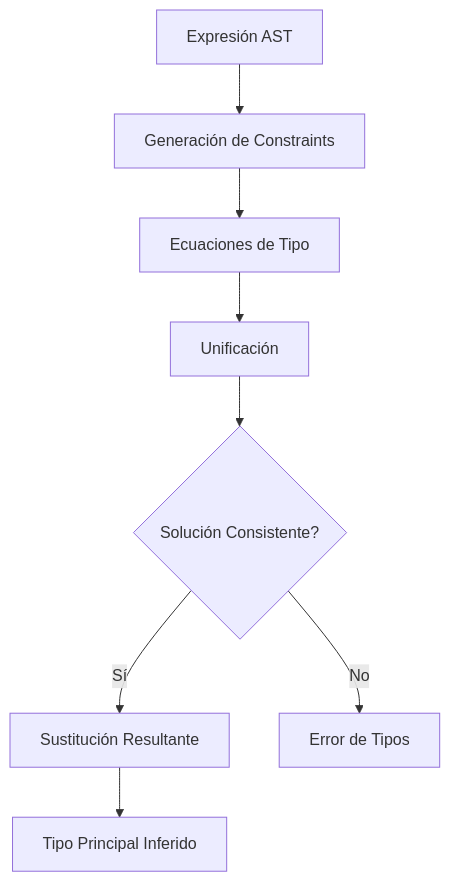
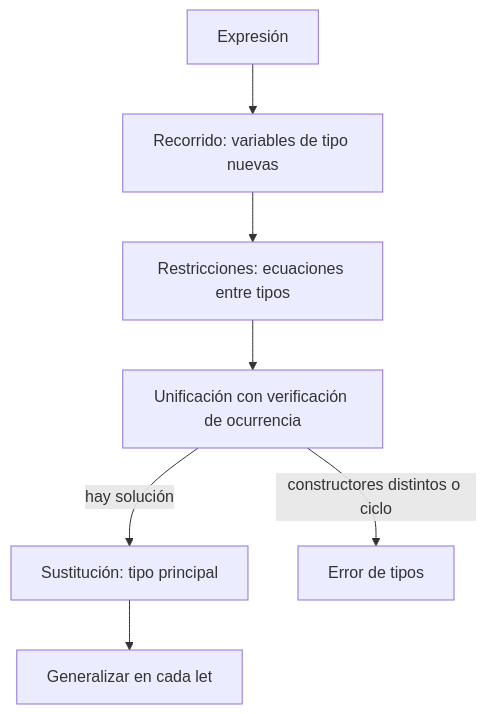
One commit to djaimej/computer-science-template changed the diagram in public/documents/semester-7/1/7145.md. Above: the diagram before and after it, drawn with Mermaid. The commit also changed other lines of this file and 4 other files, not shown here.

````diff
--- a/public/documents/semester-7/1/7145.md
+++ b/public/documents/semester-7/1/7145.md
@@ -163,10 +39,9 @@
 ```mermaid
 flowchart TD
-    A[Expresión AST] --> B[Generación de Constraints]
-    B --> C[Ecuaciones de Tipo]
-    C --> D[Unificación]
-    D --> E{Solución Consistente?}
-    E -->|Sí| F[Sustitución Resultante]
-    E -->|No| G[Error de Tipos]
-    F --> H[Tipo Principal Inferido]
+    A["Expresión"] --> B["Recorrido: variables de tipo nuevas"]
+    B --> C["Restricciones: ecuaciones entre tipos"]
+    C --> D["Unificación con verificación de ocurrencia"]
+    D -->|"hay solución"| E["Sustitución: tipo principal"]
+    D -->|"constructores distintos o ciclo"| F["Error de tipos"]
+    E --> G["Generalizar en cada let"]
 ```
````
